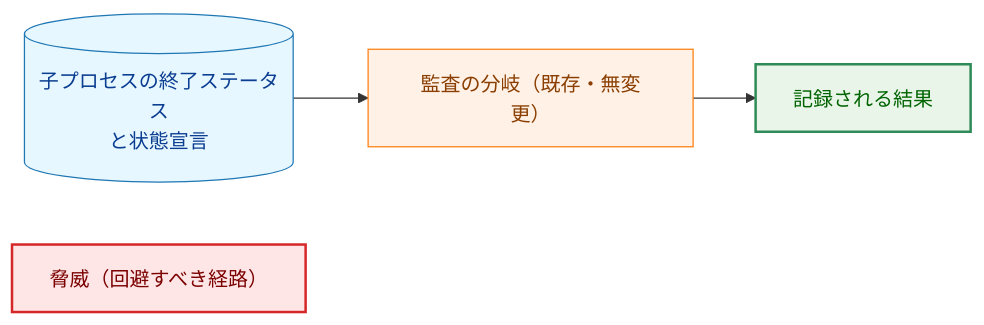
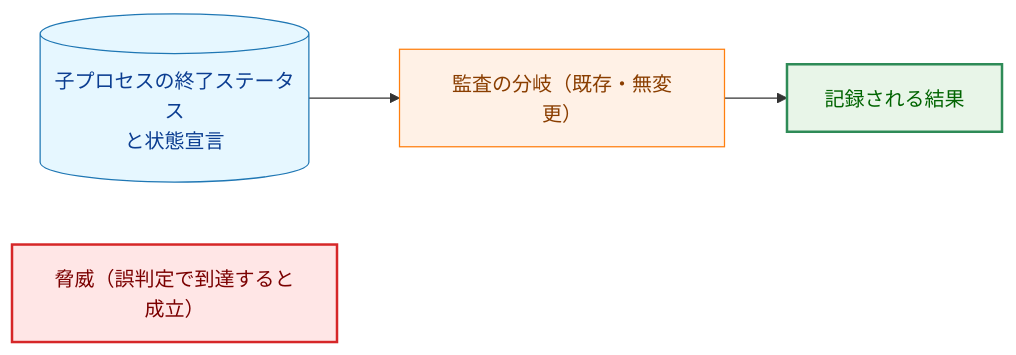
Before and after one commit to isseis/go-safe-cmd-runner: the seventh of 7 diagrams in docs/tasks/0174_user_group_command_failure_audit_wiring/02_architecture.md, drawn with Mermaid. The commit also changed other lines of this file, not shown here.

Commit message:
docs(0174): clarify the threat-model diagram arrows

````diff
--- a/docs/tasks/0174_user_group_command_failure_audit_wiring/02_architecture.md
+++ b/docs/tasks/0174_user_group_command_failure_audit_wiring/02_architecture.md
@@ -356,14 +358,14 @@
 ```mermaid
 flowchart LR
     classDef data fill:#e6f7ff,stroke:#1f77b4,stroke-width:1px,color:#0b3d91;
     classDef process fill:#fff1e6,stroke:#ff7f0e,stroke-width:1px,color:#8a3e00;
     classDef enhanced fill:#e8f5e8,stroke:#2e8b57,stroke-width:2px,color:#006400;
     classDef problem fill:#ffe6e6,stroke:#d62728,stroke-width:2px,color:#7b0000;
 
     D[("子プロセスの終了ステータス<br>と状態宣言")] --> P["監査の分岐（既存・無変更）"] --> E["記録される結果"]
-    X["脅威（回避すべき経路）"]
+    X["脅威（誤判定で到達すると成立）"]
     class D data
     class P process
     class E enhanced
     class X problem
 ```
````
